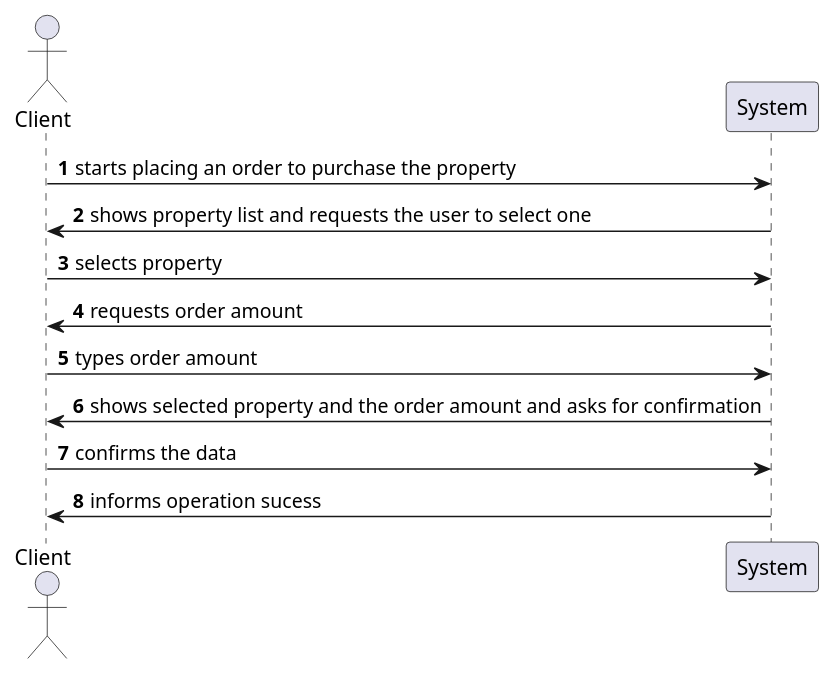
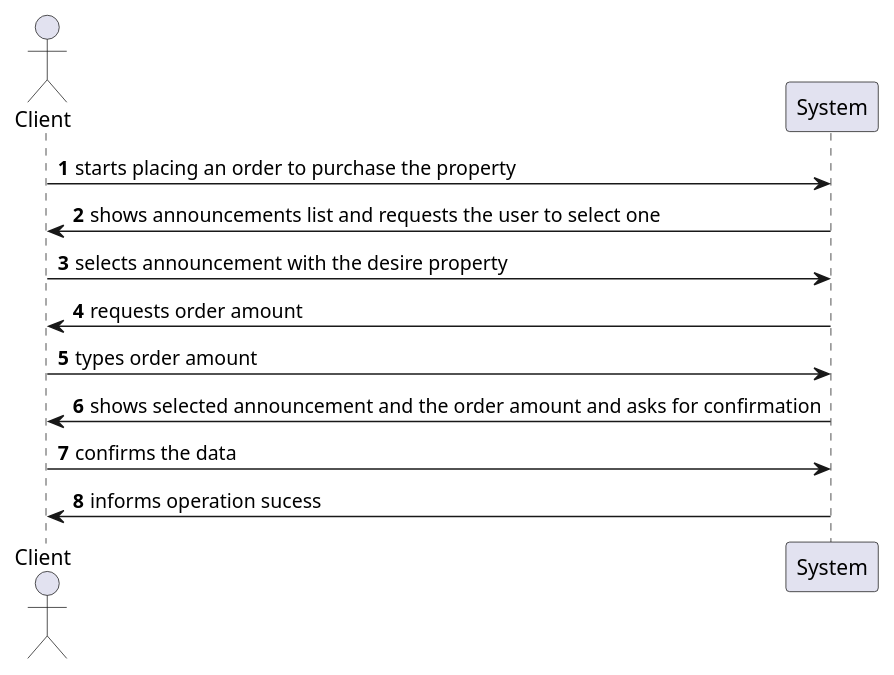
The diagram in docs/sprintC/US010/01.requirements-engineering/puml/SSD.puml (tiagohcorreia/LAPR2), drawn with PlantUML before and after one commit. The commit also changed 3 other files, not shown here.

```diff
--- a/docs/sprintC/US010/01.requirements-engineering/puml/SSD.puml
+++ b/docs/sprintC/US010/01.requirements-engineering/puml/SSD.puml
@@ -1,25 +1,25 @@
 @startuml
 
 actor Client as client
 participant System as ui
 
 autonumber
 
 client -> ui: starts placing an order to purchase the property
 
-ui -> client: shows property list and requests the user to select one
+ui -> client: shows announcements list and requests the user to select one
 
-client -> ui: selects property
+client -> ui: selects announcement with the desire property
 
 ui -> client: requests order amount
 
 client -> ui: types order amount
 
-ui -> client: shows selected property and the order amount and asks for confirmation
+ui -> client: shows selected announcement and the order amount and asks for confirmation
 
 client -> ui: confirms the data
 
 ui -> client: informs operation sucess
 
 
 @enduml
```
